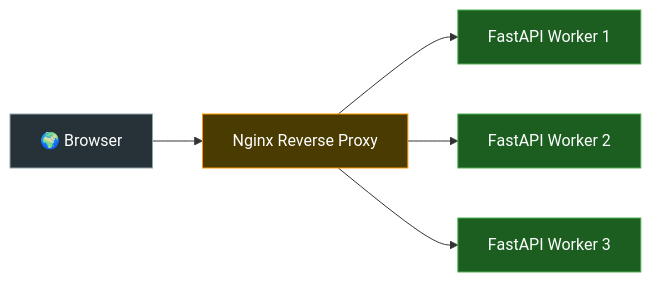
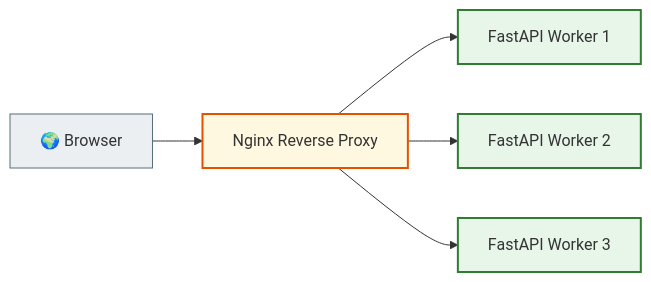
One commit to NikoriakViktot/notes_chat_app changed the eighth of 9 diagrams in docs/01_web_foundations/server.md. Above: the diagram before and after it, drawn with Mermaid. The commit also changed other lines of this file and 441 other files, not shown here.

First line of the commit message:
Add English version of the book, Mermaid standard, docs fixes

````diff
--- a/docs/01_web_foundations/server.md
+++ b/docs/01_web_foundations/server.md
@@ -643,21 +667,25 @@
 ```mermaid
 flowchart LR
 
-    classDef client fill:#263238,stroke:#90a4ae,color:#fff
-    classDef proxy fill:#4a3b00,stroke:#ff9800,color:#fff
-    classDef backend fill:#1b5e20,stroke:#4CAF50,color:#fff
+    Browser["🌍 Browser"]
 
-    Browser["🌍 Browser"]:::client
+    Nginx["Nginx Reverse Proxy"]
 
-    Nginx["Nginx Reverse Proxy"]:::proxy
-
-    API1["FastAPI Worker 1"]:::backend
-    API2["FastAPI Worker 2"]:::backend
-    API3["FastAPI Worker 3"]:::backend
+    API1["FastAPI Worker 1"]
+    API2["FastAPI Worker 2"]
+    API3["FastAPI Worker 3"]
 
     Browser --> Nginx
 
     Nginx --> API1
     Nginx --> API2
     Nginx --> API3
+
+    classDef step     fill:#eceff1,stroke:#546e7a,stroke-width:1px;
+    classDef success  fill:#e8f5e9,stroke:#2e7d32,stroke-width:2px;
+    classDef warning  fill:#fff8e1,stroke:#e65100,stroke-width:2px;
+
+    class Browser step;
+    class Nginx warning;
+    class API1,API2,API3 success;
 ```
````
